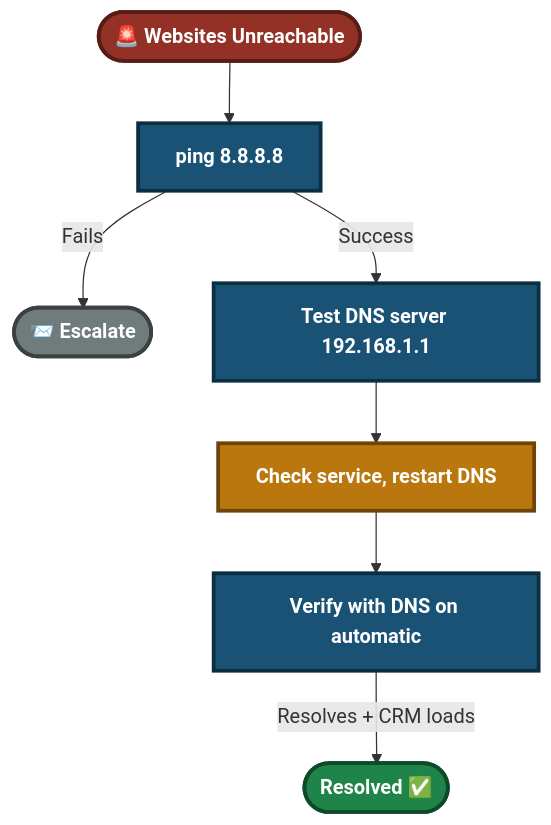
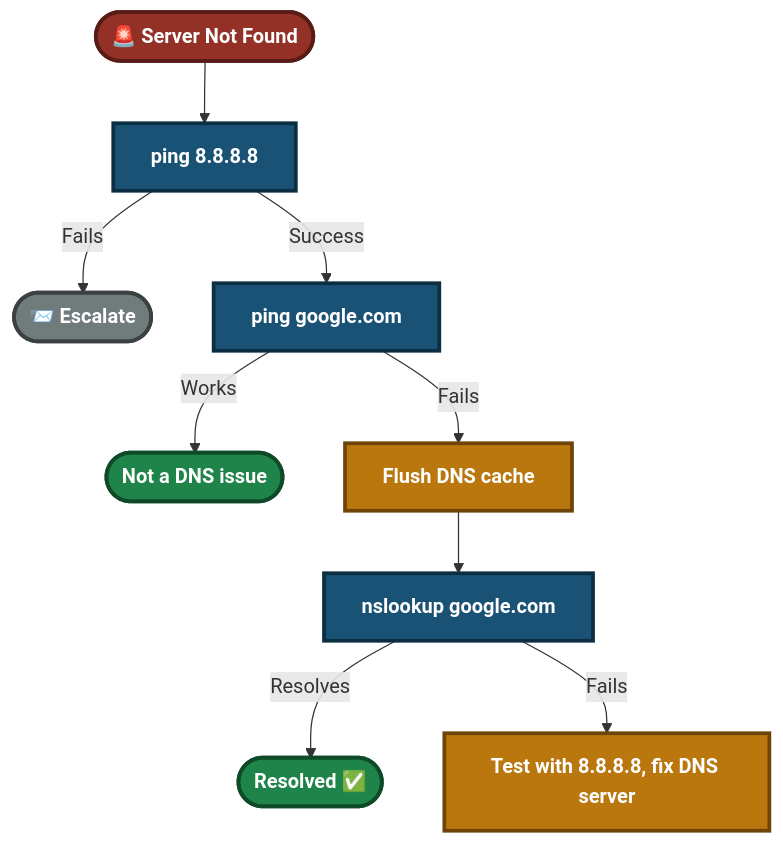
The fifth of 5 diagrams in 01-video-knowledge-base/01.1-DNS-Resolution-Issue.md (malaika-azhar/Customer-Tech-Support-Portfolio), drawn with Mermaid before and after one commit. The commit also changed other lines of this file, not shown here.

````diff
--- a/01-video-knowledge-base/01.1-DNS-Resolution-Issue.md
+++ b/01-video-knowledge-base/01.1-DNS-Resolution-Issue.md
@@ -416,15 +307,17 @@
 ```mermaid
 flowchart TD
-    Start(["🚨 Websites Unreachable"]):::start --> A["ping 8.8.8.8"]:::step
-    A -->|Fails| N(["📨 Escalate"]):::esc
-    A -->|Success| C["Test DNS server 192.168.1.1"]:::step
-    C --> D["Check service, restart DNS"]:::fix
-    D --> F["Verify with DNS on automatic"]:::step
-    F -->|Resolves + CRM loads| End1(["Resolved ✅"]):::ok
+    Start(["🚨 Server Not Found"]):::start --> A["ping 8.8.8.8"]:::step
+    A -->|Fails| C(["📨 Escalate"]):::esc
+    A -->|Success| B["ping google.com"]:::step
+    B -->|Works| E(["Not a DNS issue"]):::ok
+    B -->|Fails| D["Flush DNS cache"]:::fix
+    D --> F["nslookup google.com"]:::step
+    F -->|Resolves| G(["Resolved ✅"]):::ok
+    F -->|Fails| H["Test with 8.8.8.8, fix DNS server"]:::fix
 
     classDef start fill:#943126,stroke:#571C16,stroke-width:3px,color:#FFFFFF,font-weight:bold
     classDef step fill:#1A5276,stroke:#0B2E43,stroke-width:3px,color:#FFFFFF,font-weight:bold
     classDef fix fill:#B9770E,stroke:#6E4409,stroke-width:3px,color:#FFFFFF,font-weight:bold
     classDef ok fill:#1E8449,stroke:#0E4A28,stroke-width:3px,color:#FFFFFF,font-weight:bold
     classDef esc fill:#707B7C,stroke:#3B4142,stroke-width:3px,color:#FFFFFF,font-weight:bold
 ```
````
